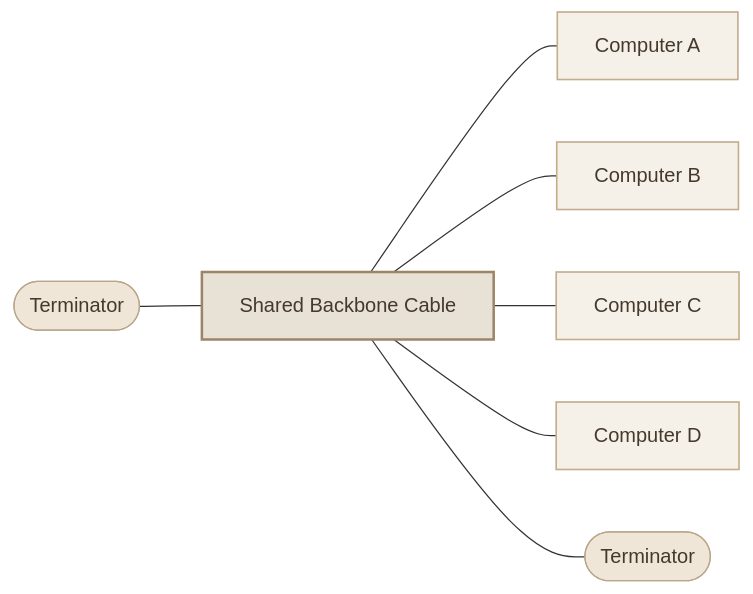
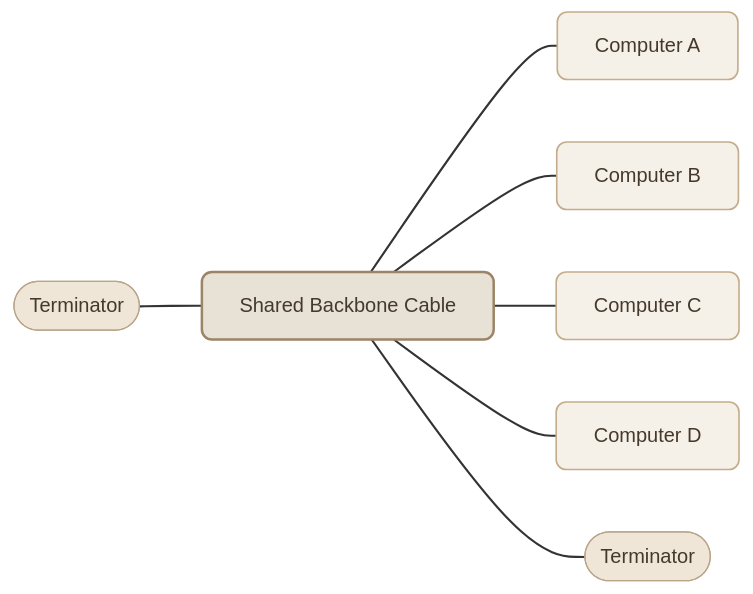
The first of 6 diagrams in content/networking/network-topologies.mdx (mustafammasoud/ops-handbook), drawn with Mermaid before and after one commit. The commit also changed other lines of this file and 7 other files, not shown here.

````diff
--- a/content/networking/network-topologies.mdx
+++ b/content/networking/network-topologies.mdx
@@ -39,24 +41,25 @@
 ```mermaid
 flowchart LR
     T1(["Terminator"])
     PC1[" Computer A"]
     PC2[" Computer B"]
     PC3[" Computer C"]
     PC4[" Computer D"]
     T2(["Terminator"])
 
     T1 --- Backbone["Shared Backbone Cable"]
     Backbone --- PC1
     Backbone --- PC2
     Backbone --- PC3
     Backbone --- PC4
     Backbone --- T2
 
-    classDef device fill:#F6F1E8,stroke:#C3AD8C,color:#44392D,stroke-width:1.3px
-    classDef cable fill:#E8E1D5,stroke:#9C8567,color:#44392D,stroke-width:2px
-    classDef endcap fill:#EFE6D8,stroke:#B9A68A,color:#44392D
+    classDef device fill:#F6F1E8,stroke:#C3AD8C,color:#44392D,stroke-width:1.3px,rx:8,ry:8
+    classDef cable fill:#E8E1D5,stroke:#9C8567,color:#44392D,stroke-width:2px,rx:8,ry:8
+    classDef endcap fill:#EFE6D8,stroke:#B9A68A,color:#44392D,rx:8,ry:8
 
     class PC1,PC2,PC3,PC4 device
     class Backbone cable
     class T1,T2 endcap
+    linkStyle default stroke-width:1.7px
 ```
````
